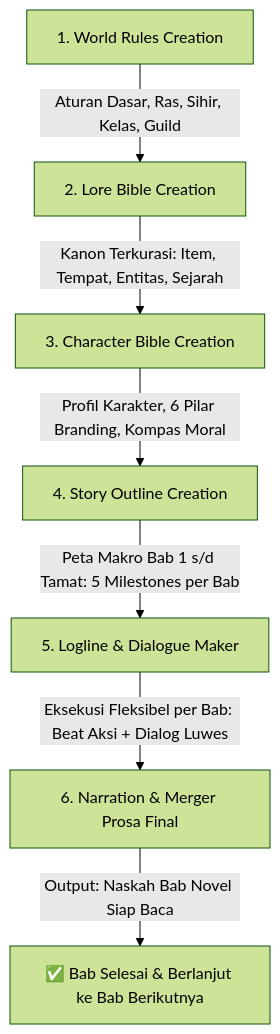
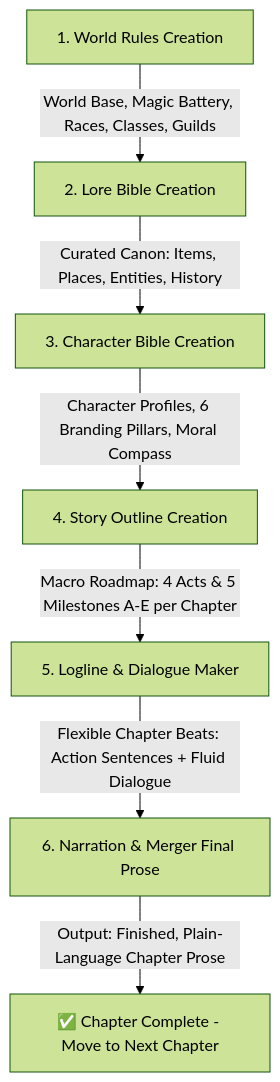
One commit to dwianggororeal/detailed-novel-agent-skill changed the diagram in .agents/skills/duidwidev-novel/references/master_workflow.md. Above: the diagram before and after it, drawn with Mermaid (forest theme). The commit also changed other lines of this file and 57 other files, not shown here.

````diff
--- a/.agents/skills/duidwidev-novel/references/master_workflow.md
+++ b/.agents/skills/duidwidev-novel/references/master_workflow.md
@@ -9,9 +9,9 @@
 ```mermaid
 graph TD
-    A[1. World Rules Creation] -->|Aturan Dasar, Ras, Sihir, Kelas, Guild| B[2. Lore Bible Creation]
-    B -->|Kanon Terkurasi: Item, Tempat, Entitas, Sejarah| C[3. Character Bible Creation]
-    C -->|Profil Karakter, 6 Pilar Branding, Kompas Moral| D[4. Story Outline Creation]
-    D -->|Peta Makro Bab 1 s/d Tamat: 5 Milestones per Bab| E[5. Logline & Dialogue Maker]
-    E -->|Eksekusi Fleksibel per Bab: Beat Aksi + Dialog Luwes| F[6. Narration & Merger Prosa Final]
-    F -->|Output: Naskah Bab Novel Siap Baca| G[✅ Bab Selesai & Berlanjut ke Bab Berikutnya]
+    A[1. World Rules Creation] -->|World Base, Magic Battery, Races, Classes, Guilds| B[2. Lore Bible Creation]
+    B -->|Curated Canon: Items, Places, Entities, History| C[3. Character Bible Creation]
+    C -->|Character Profiles, 6 Branding Pillars, Moral Compass| D[4. Story Outline Creation]
+    D -->|Macro Roadmap: 4 Acts & 5 Milestones A-E per Chapter| E[5. Logline & Dialogue Maker]
+    E -->|Flexible Chapter Beats: Action Sentences + Fluid Dialogue| F[6. Narration & Merger Final Prose]
+    F -->|Output: Finished, Plain-Language Chapter Prose| G[✅ Chapter Complete - Move to Next Chapter]
 ```
````
